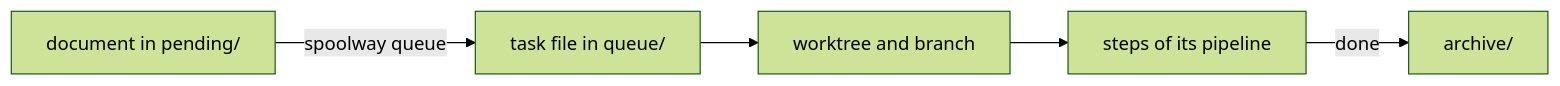
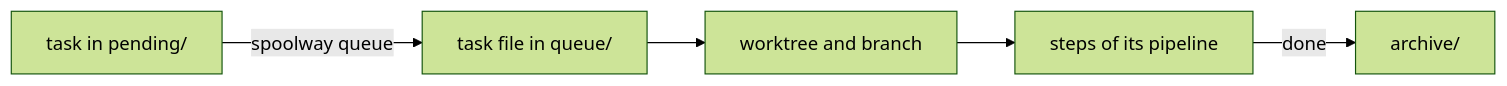
Before and after one commit to marvingygas/spoolway: the diagram in docs/tasks.md, drawn with Mermaid (forest theme). The commit also changed other lines of this file and 59 other files, not shown here.

Commit message:
refactor: call the queued markdown file a task, never a document

````diff
--- a/docs/tasks.md
+++ b/docs/tasks.md
@@ -11,7 +11,7 @@
 ```mermaid
 flowchart LR
-  A[document in pending/] -->|spoolway queue| B[task file in queue/]
+  A[task in pending/] -->|spoolway queue| B[task file in queue/]
   B --> C[worktree and branch]
   C --> D[steps of its pipeline]
   D -->|done| E[archive/]
 ```
````
